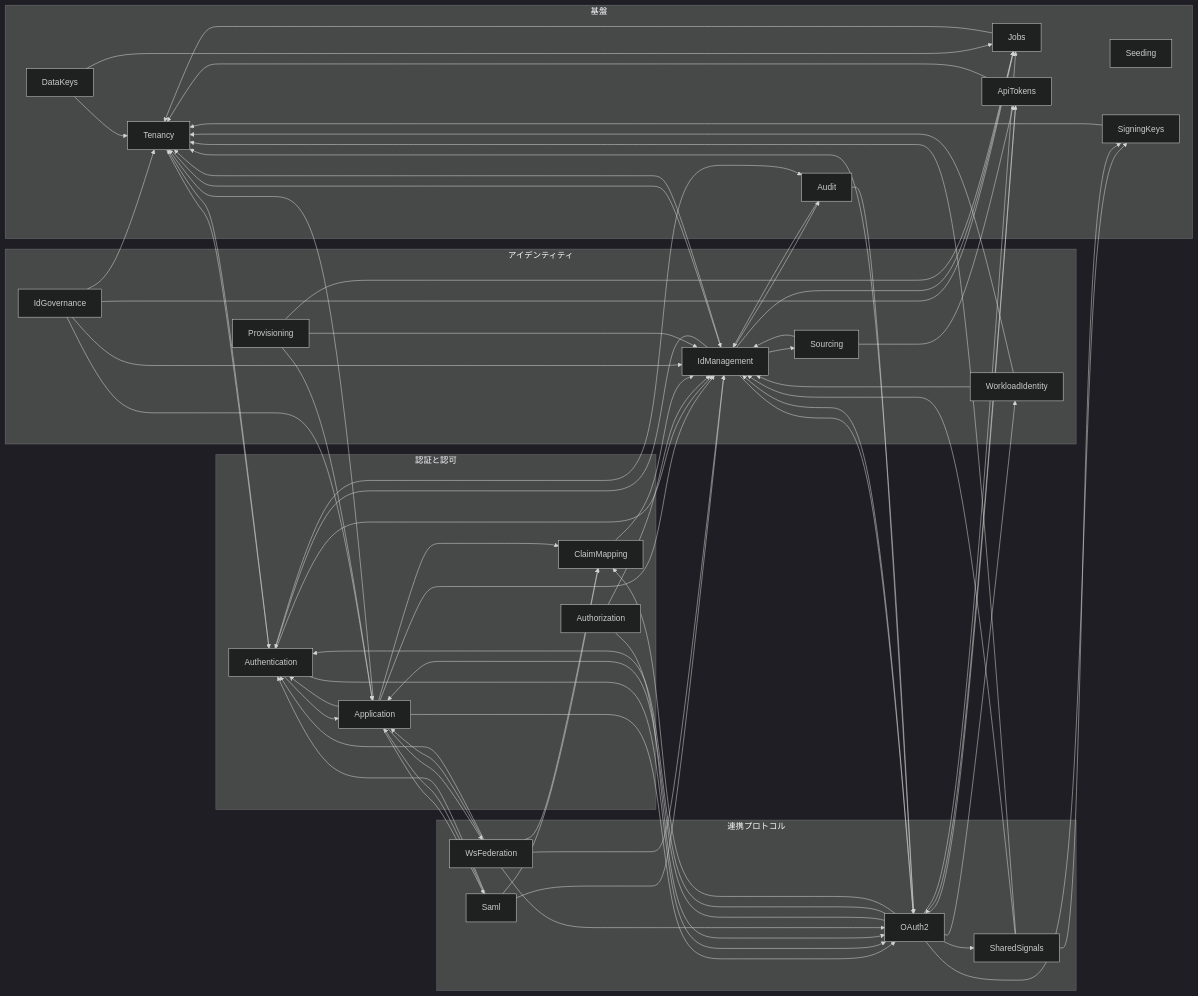
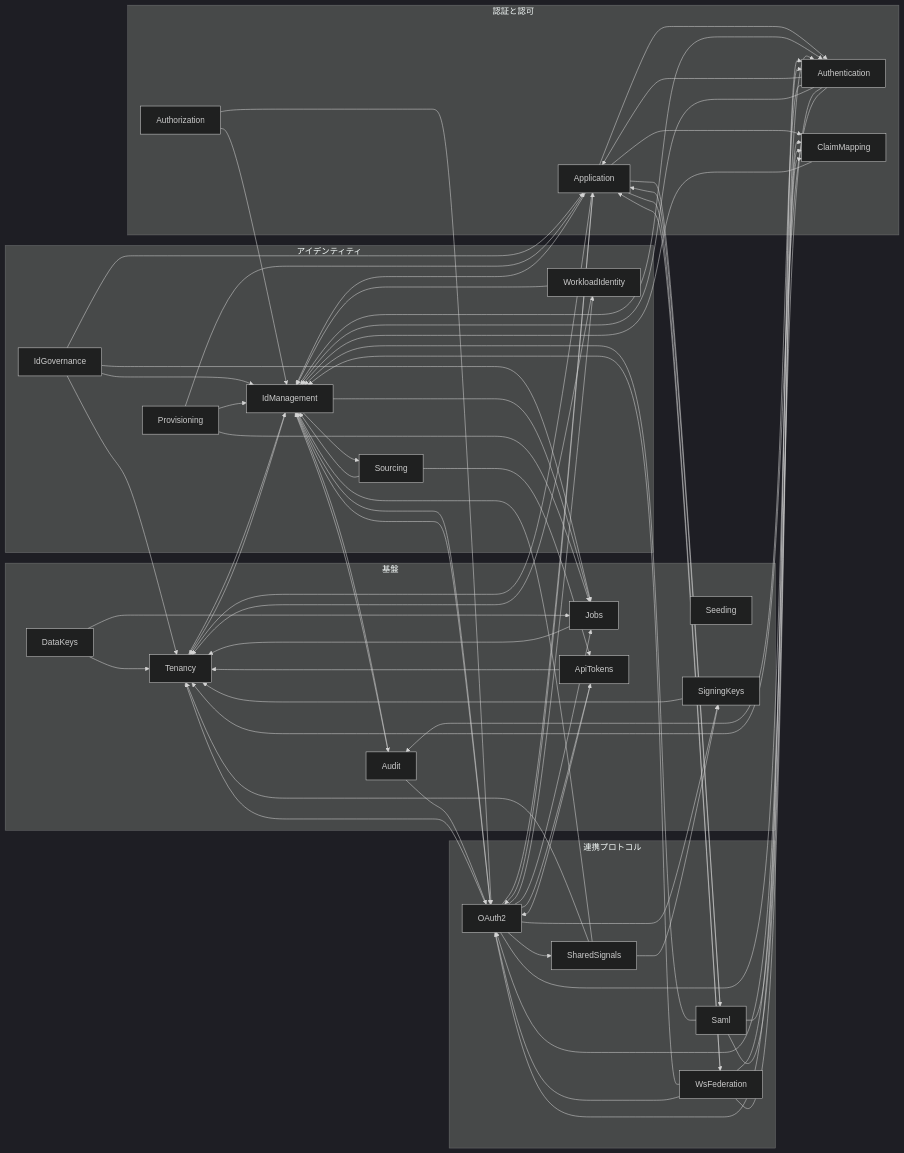
Before and after one commit to ambi/idmagic: the diagram in docs/modules/README.md, drawn with Mermaid (dark theme). The commit also changed 8 other files, not shown here.

```diff
--- a/docs/modules/README.md
+++ b/docs/modules/README.md
@@ -181,7 +181,6 @@
   SigningKeys --> Tenancy
   Sourcing --> ApiTokens
   Sourcing --> IdManagement
-  Tenancy --> Authentication
   Tenancy --> IdManagement
   WorkloadIdentity --> IdManagement
   WorkloadIdentity --> Tenancy
```
